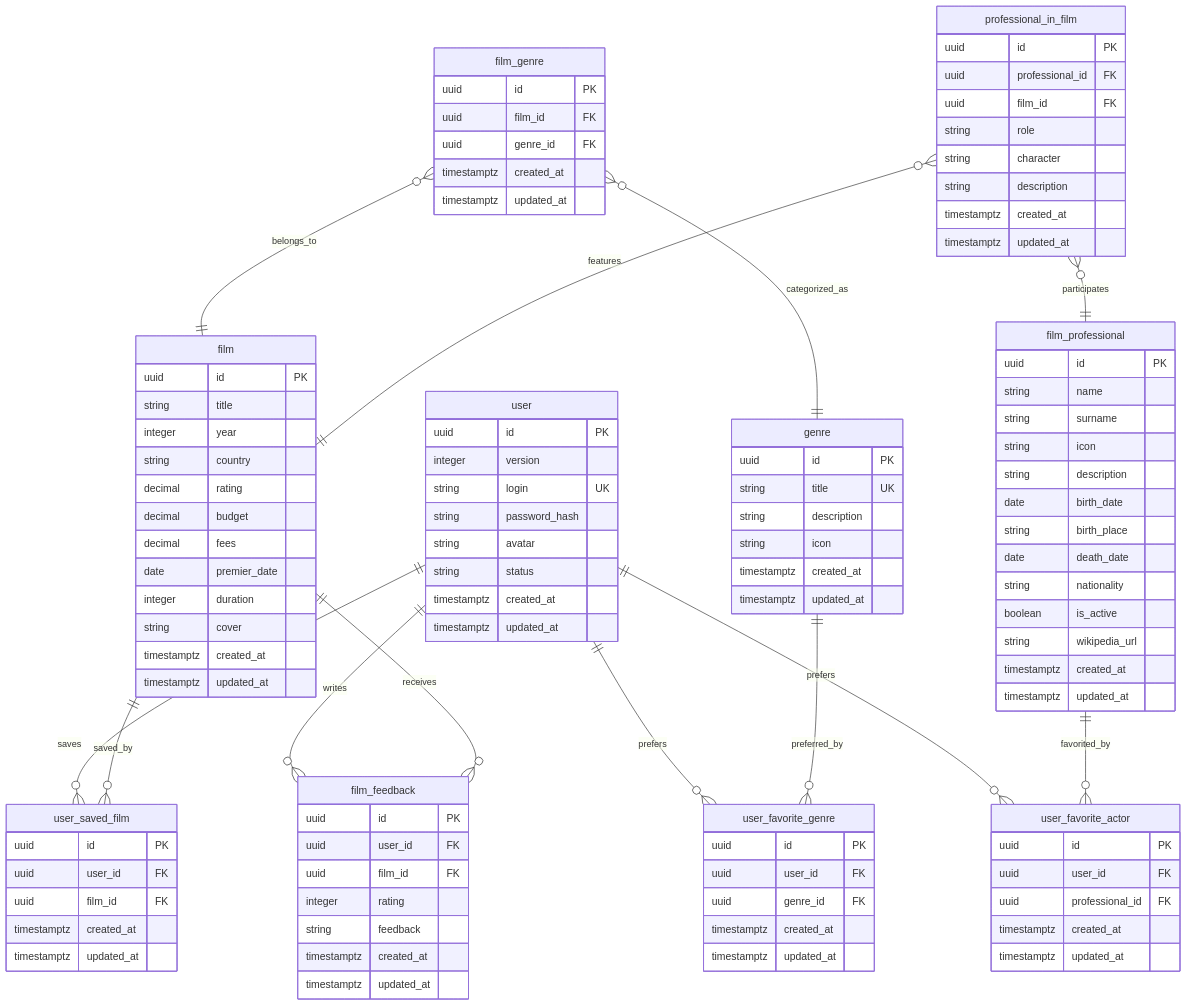
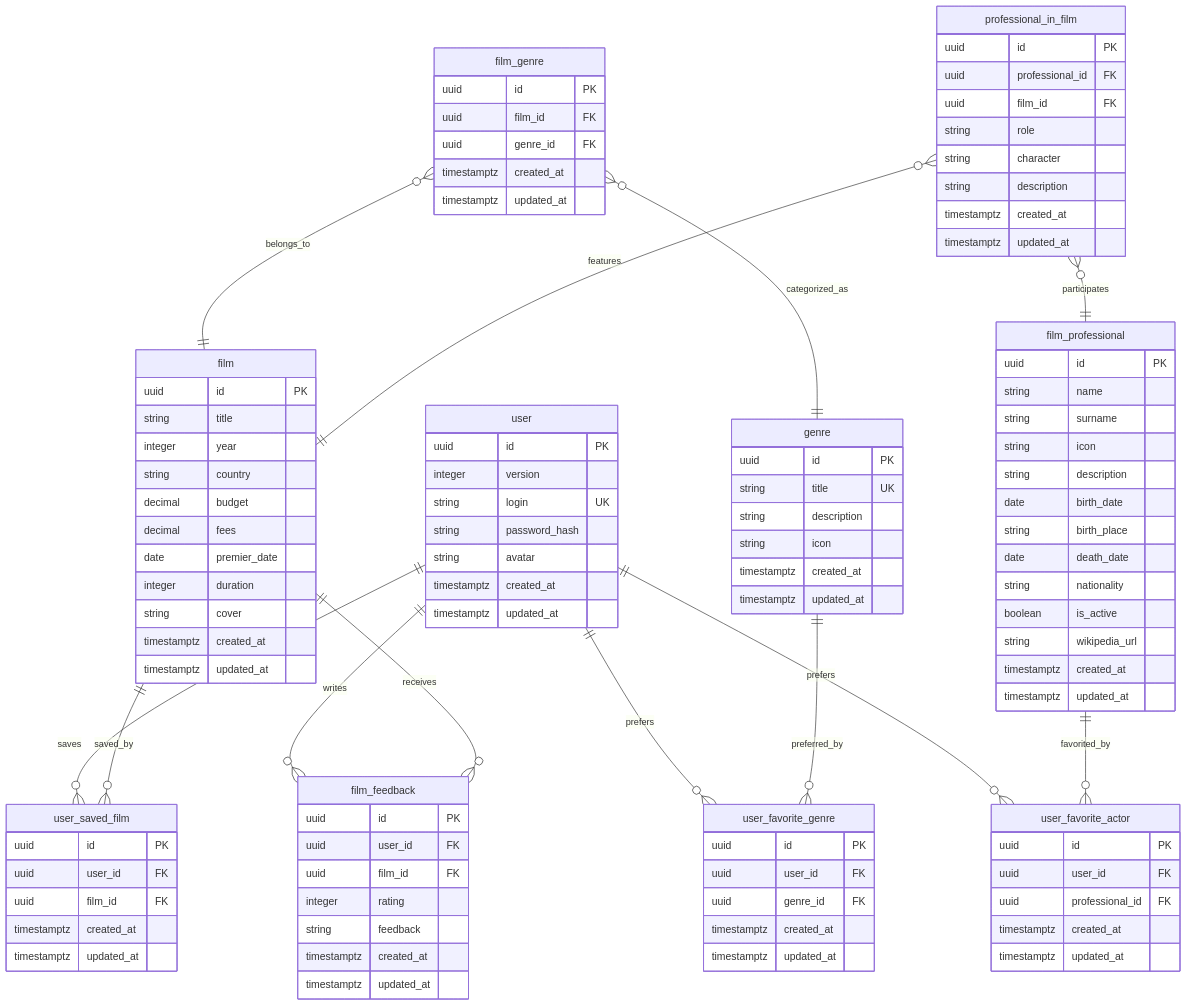
Before and after one commit to go-park-mail-ru/2025_2_DavaiDavaiDeploy: the diagram in normalized/diagram.md, drawn with Mermaid.

```diff
--- a/normalized/diagram.md
+++ b/normalized/diagram.md
@@ -6,7 +6,6 @@
         string login UK
         string password_hash
         string avatar
-        string status
         timestamptz created_at
         timestamptz updated_at
     }
@@ -25,7 +24,6 @@
         string title
         integer year
         string country
-        decimal rating
         decimal budget
         decimal fees
         date premier_date
```
